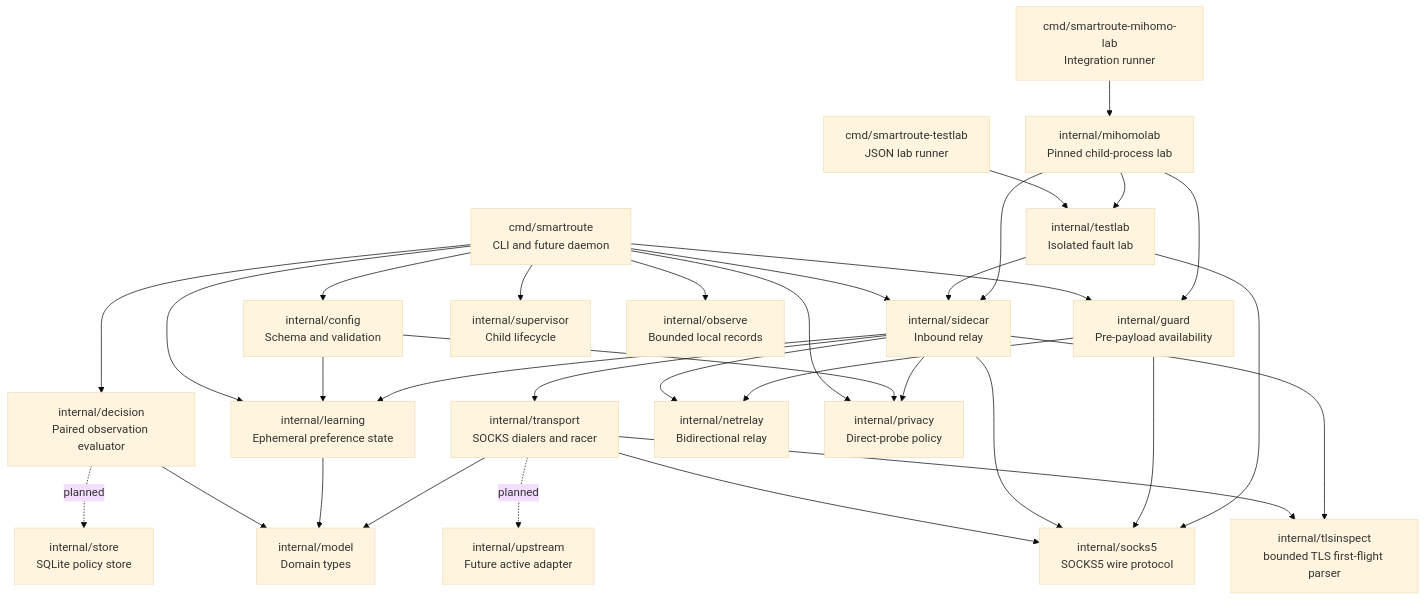
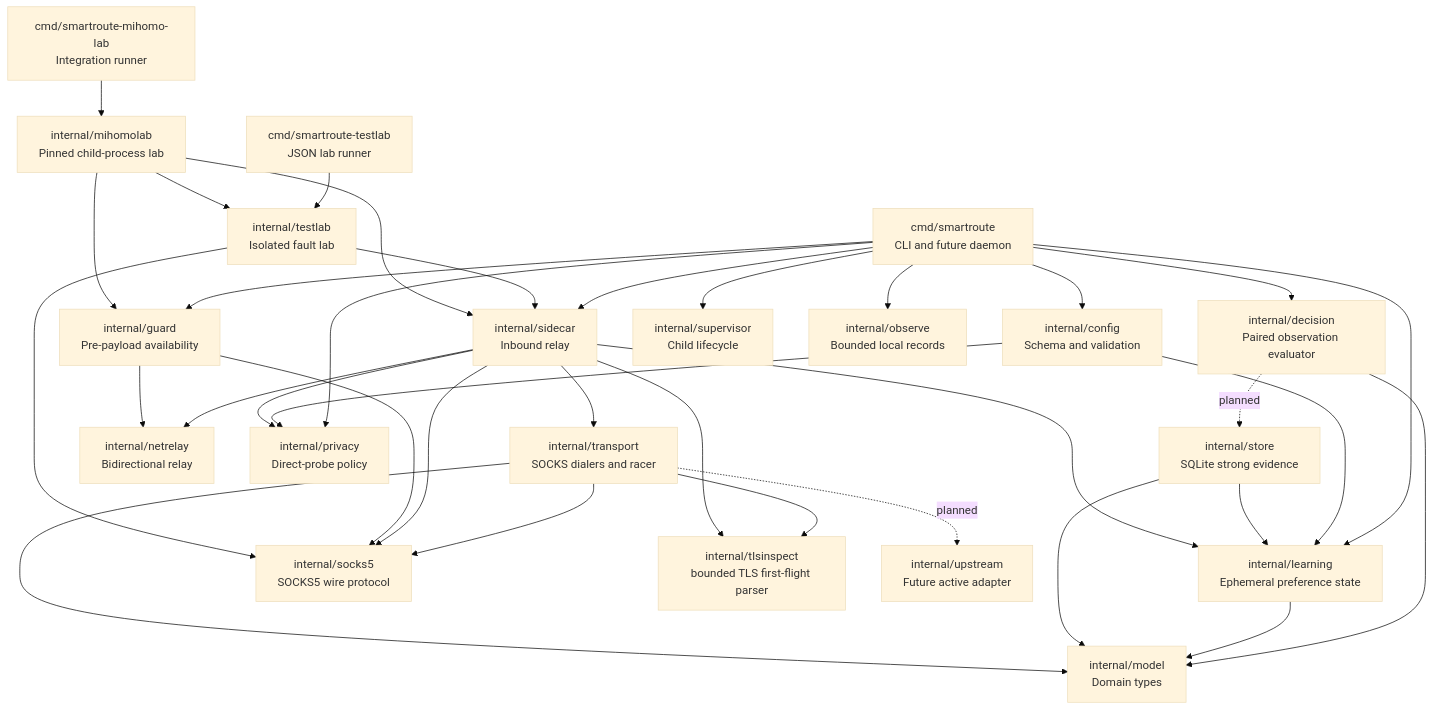
Before and after one commit to firfisa/smartroute: the diagram in docs/04-component-catalog.md, drawn with Mermaid (base theme). The commit also changed other lines of this file and 16 other files, not shown here.

Commit message:
feat(store): add SQLite strong evidence

````diff
--- a/docs/04-component-catalog.md
+++ b/docs/04-component-catalog.md
@@ -10,56 +10,58 @@
 ```mermaid
 flowchart TB
     CLI["cmd/smartroute\nCLI and future daemon"]
     Config["internal/config\nSchema and validation"]
     Model["internal/model\nDomain types"]
     Decision["internal/decision\nPaired observation evaluator"]
     Learning["internal/learning\nEphemeral preference state"]
     SOCKS["internal/socks5\nSOCKS5 wire protocol"]
     Transport["internal/transport\nSOCKS dialers and racer"]
     TLSInspect["internal/tlsinspect\nbounded TLS first-flight parser"]
     Sidecar["internal/sidecar\nInbound relay"]
     Guard["internal/guard\nPre-payload availability"]
     NetRelay["internal/netrelay\nBidirectional relay"]
     Privacy["internal/privacy\nDirect-probe policy"]
     Supervisor["internal/supervisor\nChild lifecycle"]
     Observe["internal/observe\nBounded local records"]
     TestLab["internal/testlab\nIsolated fault lab"]
     LabCLI["cmd/smartroute-testlab\nJSON lab runner"]
     MihomoLab["internal/mihomolab\nPinned child-process lab"]
     MihomoLabCLI["cmd/smartroute-mihomo-lab\nIntegration runner"]
     Mihomo["internal/upstream\nFuture active adapter"]
-    Store["internal/store\nSQLite policy store"]
+    Store["internal/store\nSQLite strong evidence"]
 
     CLI --> Config
     CLI --> Decision
     CLI --> Learning
     CLI --> Sidecar
     CLI --> Guard
     CLI --> Privacy
     CLI --> Supervisor
     CLI --> Observe
     Config --> Privacy
     Config --> Learning
     Decision --> Model
     Learning --> Model
+    Store --> Learning
+    Store --> Model
     Transport --> Model
     Transport --> SOCKS
     Transport --> TLSInspect
     Sidecar --> TLSInspect
     Sidecar --> SOCKS
     Sidecar --> Transport
     Sidecar --> NetRelay
     Sidecar --> Privacy
     Sidecar --> Learning
     Guard --> SOCKS
     Guard --> NetRelay
     TestLab --> Sidecar
     TestLab --> SOCKS
     LabCLI --> TestLab
     MihomoLabCLI --> MihomoLab
     MihomoLab --> Sidecar
     MihomoLab --> Guard
     MihomoLab --> TestLab
     Transport -. "planned" .-> Mihomo
     Decision -. "planned" .-> Store
 ```
````
